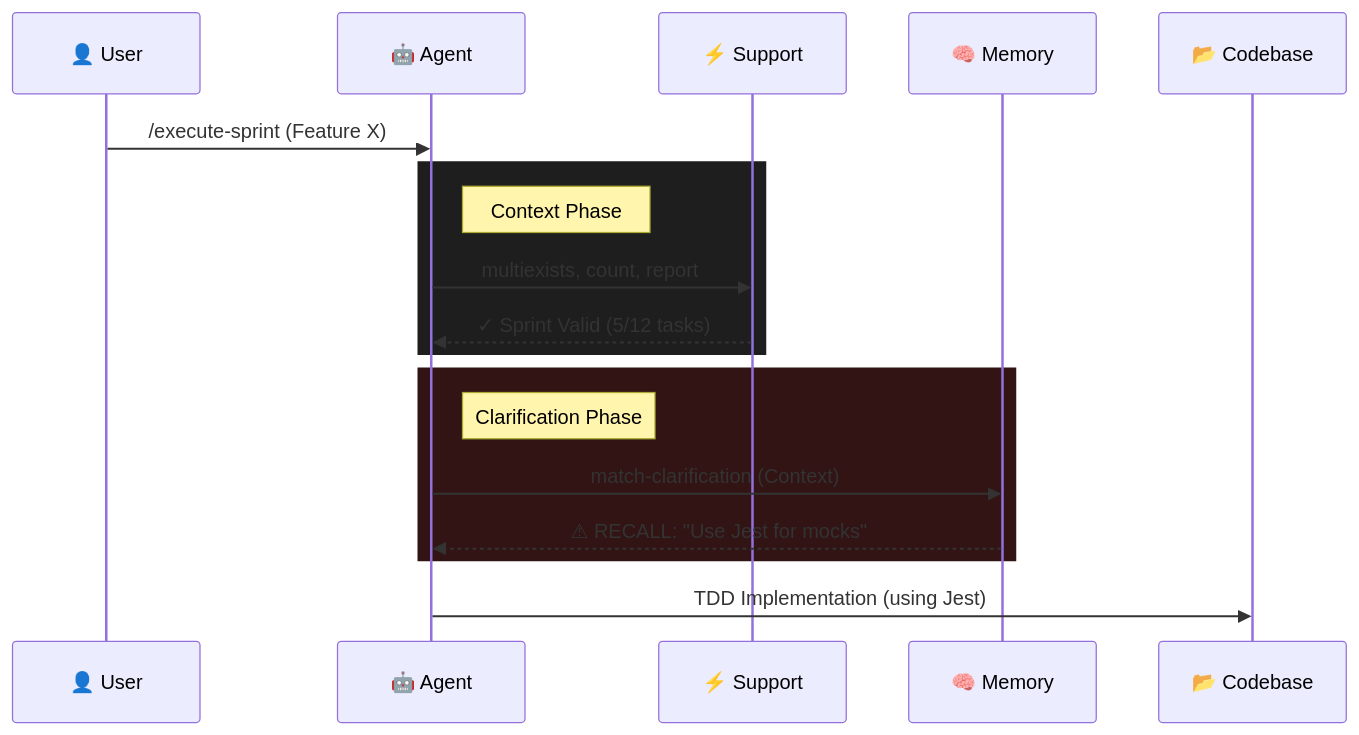
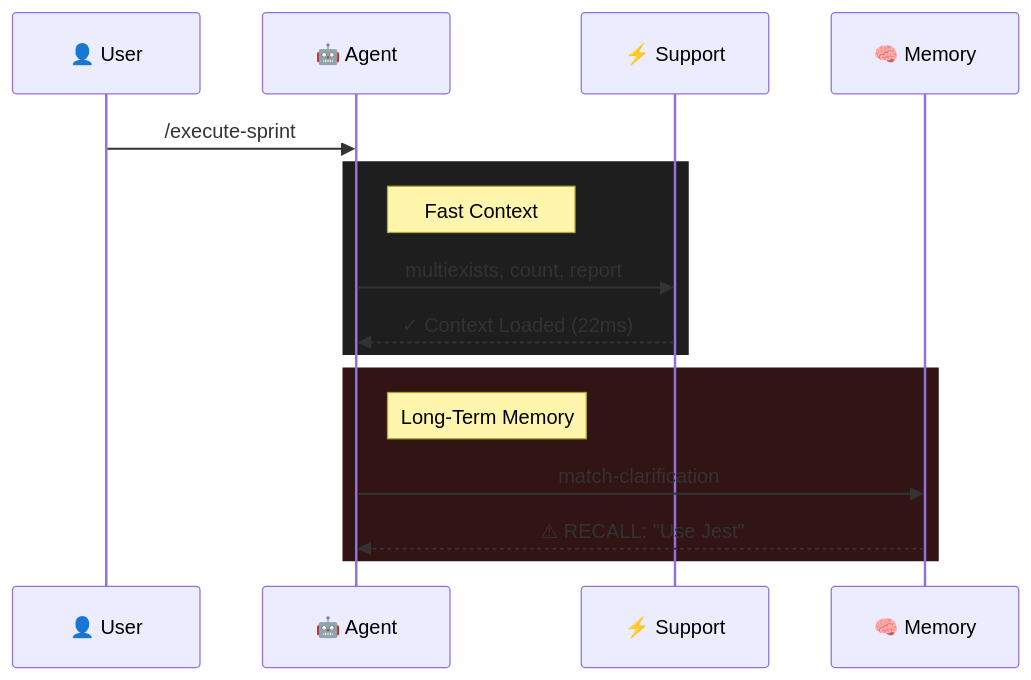
Before and after one commit to samestrin/llm-tools: the diagram in README.md, drawn with Mermaid. The commit also changed other lines of this file, not shown here.

````diff
--- a/README.md
+++ b/README.md
@@ -289,24 +137,21 @@
 ```mermaid
 sequenceDiagram
     participant U as 👤 User
     participant A as 🤖 Agent
     participant S as ⚡ Support
     participant M as 🧠 Memory
-    participant C as 📂 Codebase
 
-    U->>A: /execute-sprint (Feature X)
+    U->>A: /execute-sprint
     
     rect rgb(30, 30, 30)
-        note right of A: Context Phase
+        note right of A: Fast Context
         A->>S: multiexists, count, report
-        S-->>A: ✓ Sprint Valid (5/12 tasks)
+        S-->>A: ✓ Context Loaded (22ms)
     end
     
     rect rgb(50, 20, 20)
-        note right of A: Clarification Phase
-        A->>M: match-clarification (Context)
-        M-->>A: ⚠ RECALL: "Use Jest for mocks"
+        note right of A: Long-Term Memory
+        A->>M: match-clarification
+        M-->>A: ⚠ RECALL: "Use Jest"
     end
-
-    A->>C: TDD Implementation (using Jest)
 ```
````
